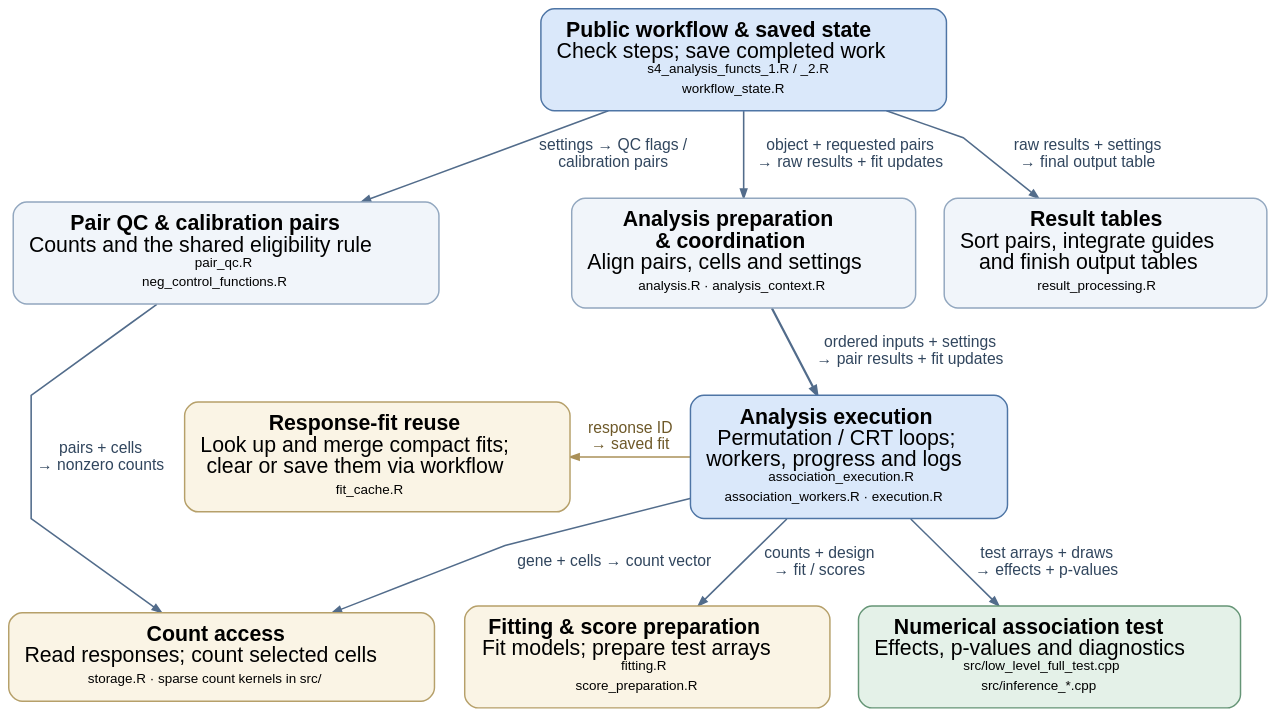
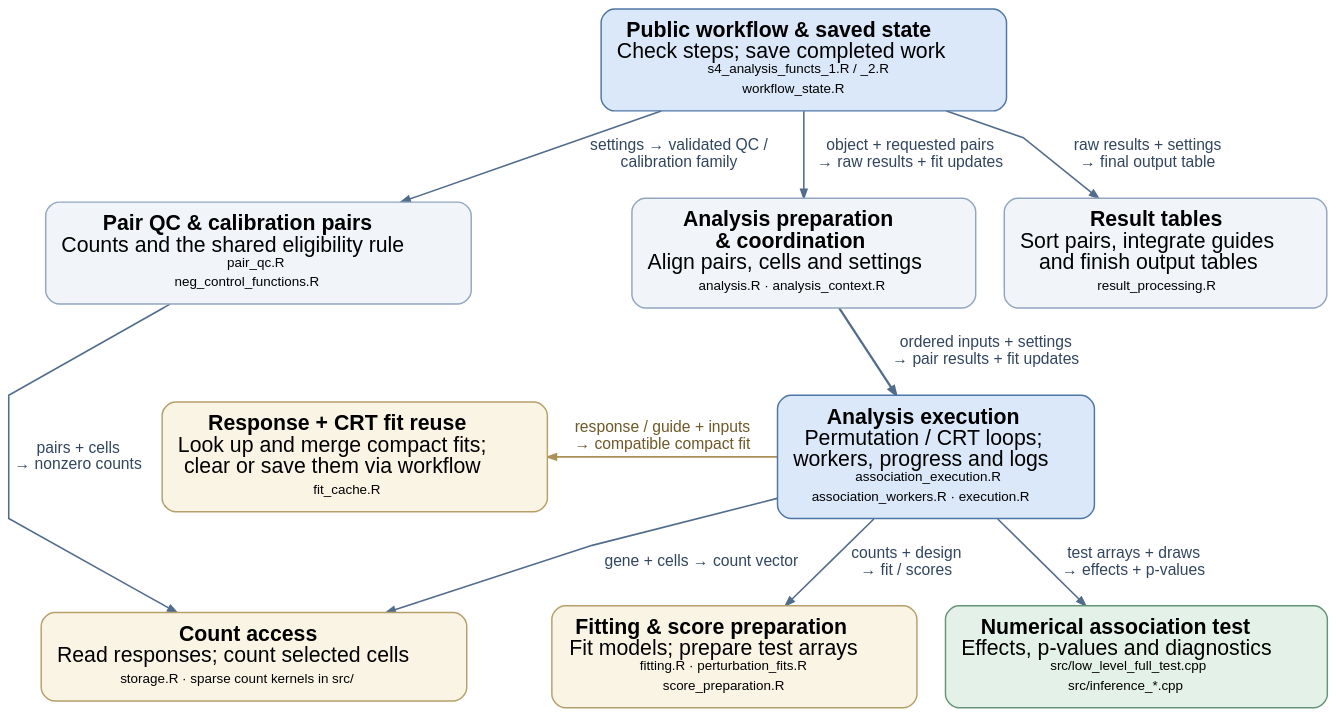
The diagram in tools/architecture/module-map.dot (Katsevich-Lab/sceptre), drawn with Graphviz before and after one commit. The commit also changed 50 other files, not shown here.

```diff
--- a/tools/architecture/module-map.dot
+++ b/tools/architecture/module-map.dot
@@ -1,30 +1,30 @@
 digraph modules {
   graph [rankdir=TB, bgcolor="transparent", pad="0.22", nodesep="0.35", ranksep="0.65", fontname="Helvetica", splines=polyline, outputorder=edgesfirst];
   node [shape=box, style="rounded,filled", fillcolor="#F1F5FA", color="#92A7BF", fontname="Helvetica", fontsize=19, margin="0.20,0.15", penwidth=1.3];
   edge [color="#526C8B", arrowsize=0.8, penwidth=1.4, fontname="Helvetica", fontsize=14, fontcolor="#31465E"];
 
   workflow [label=< <B>Public workflow &amp; saved state</B><BR/>Check steps; save completed work<BR/><FONT POINT-SIZE="12">s4_analysis_functs_1.R / _2.R<BR/>workflow_state.R</FONT> >, fillcolor="#DAE8FA", color="#4E75A5"];
   qc [label=< <B>Pair QC &amp; calibration pairs</B><BR/>Counts and the shared eligibility rule<BR/><FONT POINT-SIZE="12">pair_qc.R<BR/>neg_control_functions.R</FONT> >];
   preparation [label=< <B>Analysis preparation<BR/>&amp; coordination</B><BR/>Align pairs, cells and settings<BR/><FONT POINT-SIZE="12">analysis.R · analysis_context.R</FONT> >];
   results [label=< <B>Result tables</B><BR/>Sort pairs, integrate guides<BR/>and finish output tables<BR/><FONT POINT-SIZE="12">result_processing.R</FONT> >];
-  cache [label=< <B>Response-fit reuse</B><BR/>Look up and merge compact fits;<BR/>clear or save them via workflow<BR/><FONT POINT-SIZE="12">fit_cache.R</FONT> >, fillcolor="#FAF4E5", color="#B6A06A"];
+  cache [label=< <B>Response + CRT fit reuse</B><BR/>Look up and merge compact fits;<BR/>clear or save them via workflow<BR/><FONT POINT-SIZE="12">fit_cache.R</FONT> >, fillcolor="#FAF4E5", color="#B6A06A"];
   execution [label=< <B>Analysis execution</B><BR/>Permutation / CRT loops;<BR/>workers, progress and logs<BR/><FONT POINT-SIZE="12">association_execution.R<BR/>association_workers.R · execution.R</FONT> >, fillcolor="#DAE8FA", color="#4E75A5"];
   storage [label=< <B>Count access</B><BR/>Read responses; count selected cells<BR/><FONT POINT-SIZE="12">storage.R · sparse count kernels in src/</FONT> >, fillcolor="#FAF4E5", color="#B6A06A"];
-  models [label=< <B>Fitting &amp; score preparation</B><BR/>Fit models; prepare test arrays<BR/><FONT POINT-SIZE="12">fitting.R<BR/>score_preparation.R</FONT> >, fillcolor="#FAF4E5", color="#B6A06A"];
+  models [label=< <B>Fitting &amp; score preparation</B><BR/>Fit models; prepare test arrays<BR/><FONT POINT-SIZE="12">fitting.R · perturbation_fits.R<BR/>score_preparation.R</FONT> >, fillcolor="#FAF4E5", color="#B6A06A"];
   inference [label=< <B>Numerical association test</B><BR/>Effects, p-values and diagnostics<BR/><FONT POINT-SIZE="12">src/low_level_full_test.cpp</FONT><BR/><FONT POINT-SIZE="12">src/inference_*.cpp</FONT> >, fillcolor="#E4F1E8", color="#659576"];
 
   {rank=same; qc; preparation; results;}
   {rank=same; cache; execution;}
   {rank=same; storage; models; inference;}
 
-  workflow -> qc [label="settings → QC flags /\ncalibration pairs"];
+  workflow -> qc [label="settings → validated QC /\ncalibration family"];
   workflow -> preparation [label="object + requested pairs\n→ raw results + fit updates"];
   workflow -> results [label="raw results + settings\n→ final output table"];
   preparation -> execution [label="ordered inputs + settings\n→ pair results + fit updates", penwidth=2];
   cache -> execution [style=invis];
-  execution -> cache [constraint=false, label="response ID\n→ saved fit", color="#AA9058", fontcolor="#6E5929"];
+  execution -> cache [constraint=false, label="response / guide + inputs\n→ compatible compact fit", color="#AA9058", fontcolor="#6E5929"];
   execution -> storage [label="gene + cells → count vector"];
   execution -> models [label="counts + design\n→ fit / scores"];
   execution -> inference [label="test arrays + draws\n→ effects + p-values"];
   qc -> storage [label="pairs + cells\n→ nonzero counts"];
 }
```
